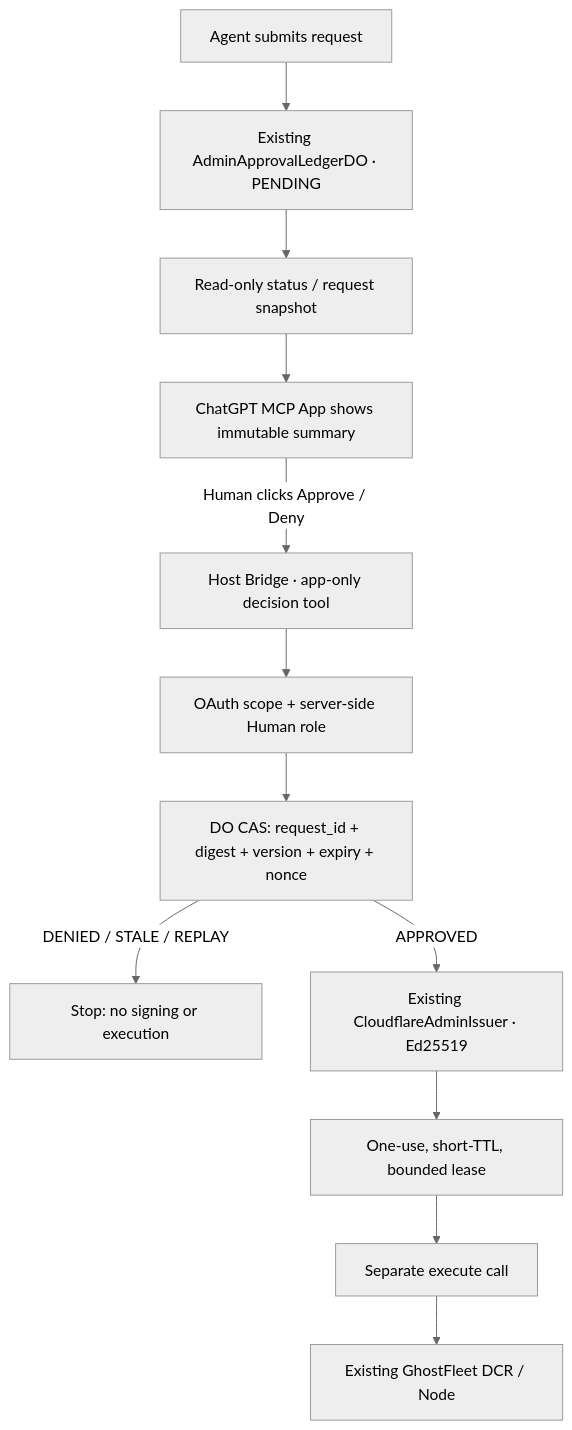
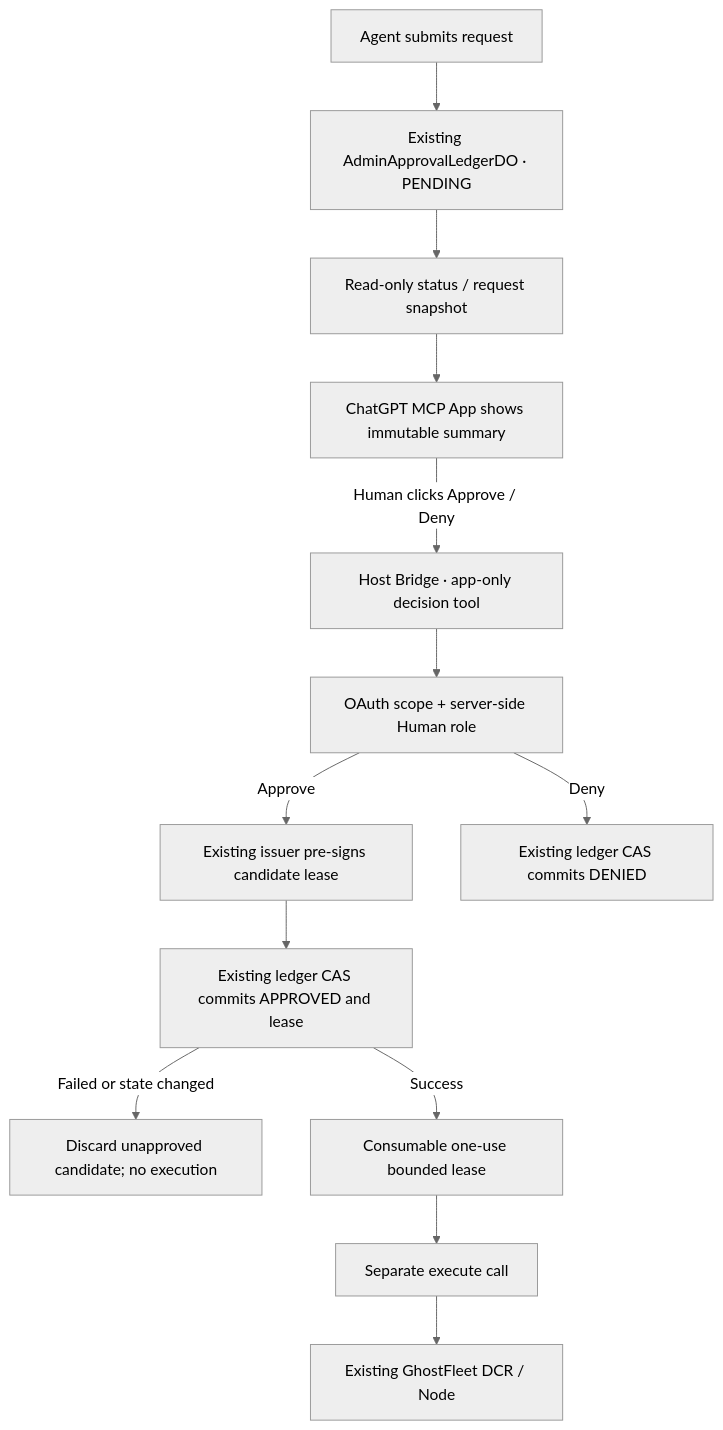
Before and after one commit to youling/ghostfleet: the fourth of 4 diagrams in docs/architecture/CHATGPT_APPROVAL_PHASE0_PROBE.md, drawn with Mermaid (neutral theme). The commit also changed other lines of this file, not shown here.

Commit message:
docs(approval): align Phase 0 target diagram with signing and CAS source

````diff
--- a/docs/architecture/CHATGPT_APPROVAL_PHASE0_PROBE.md
+++ b/docs/architecture/CHATGPT_APPROVAL_PHASE0_PROBE.md
@@ -139,14 +142,15 @@
 ```mermaid
 flowchart TD
   A["Agent submits request"] --> D["Existing AdminApprovalLedgerDO · PENDING"]
   D --> V["Read-only status / request snapshot"]
   V --> UI["ChatGPT MCP App shows immutable summary"]
   UI -->|"Human clicks Approve / Deny"| H["Host Bridge · app-only decision tool"]
   H --> AUTH["OAuth scope + server-side Human role"]
-  AUTH --> CAS["DO CAS: request_id + digest + version + expiry + nonce"]
-  CAS -->|"DENIED / STALE / REPLAY"| STOP["Stop: no signing or execution"]
-  CAS -->|"APPROVED"| SIGN["Existing CloudflareAdminIssuer · Ed25519"]
-  SIGN --> LEASE["One-use, short-TTL, bounded lease"]
+  AUTH -->|"Approve"| SIGN["Existing issuer pre-signs candidate lease"]
+  AUTH -->|"Deny"| DENY["Existing ledger CAS commits DENIED"]
+  SIGN --> CAS["Existing ledger CAS commits APPROVED and lease"]
+  CAS -->|"Failed or state changed"| STOP["Discard unapproved candidate; no execution"]
+  CAS -->|"Success"| LEASE["Consumable one-use bounded lease"]
   LEASE --> EX["Separate execute call"]
   EX --> NODE["Existing GhostFleet DCR / Node"]
 ```
````
